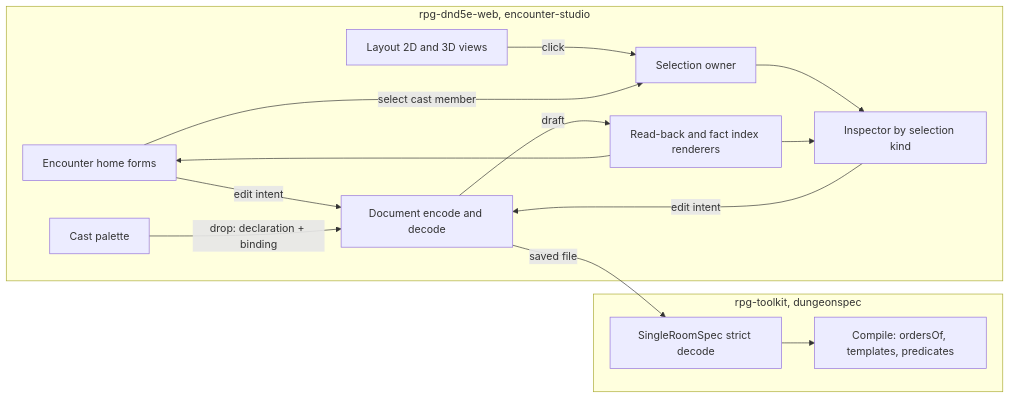
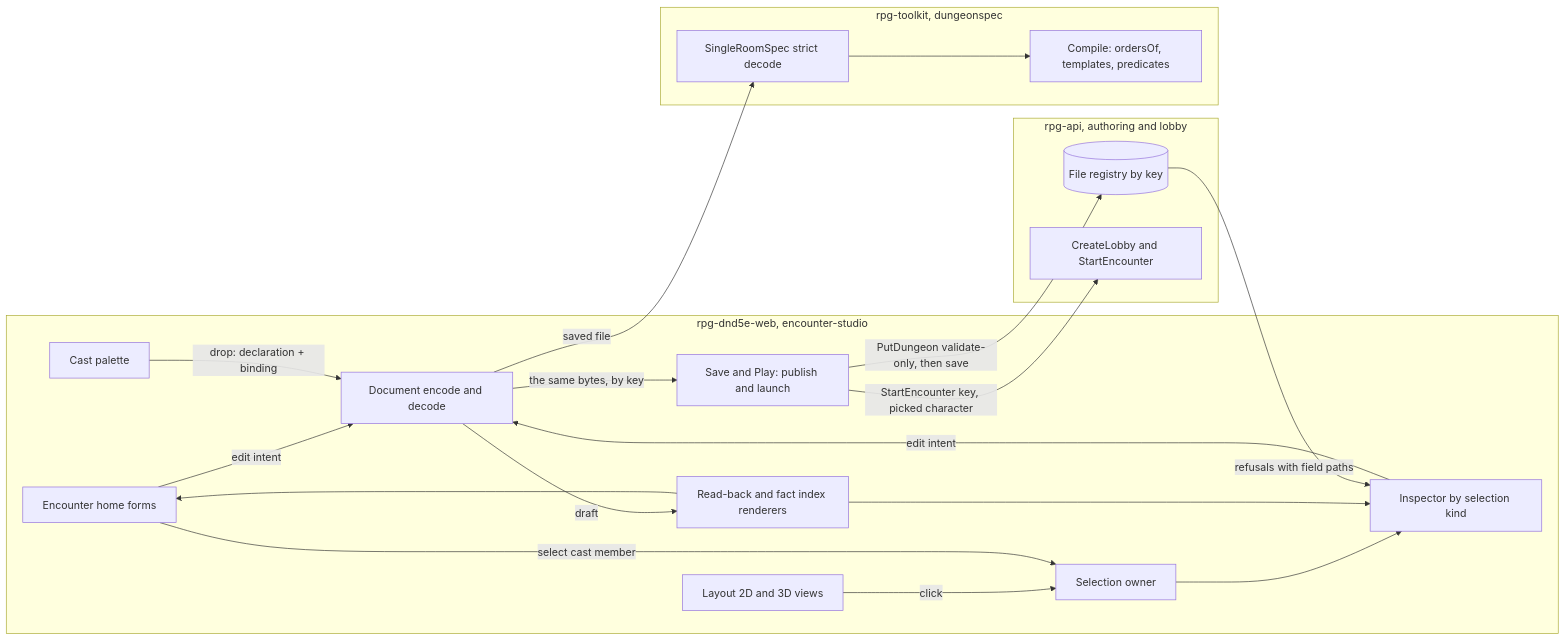
One commit to KirkDiggler/rpg-project changed the diagram in ideas/encounter-studio/README.md. Above: the diagram before and after it, drawn with Mermaid. The commit also changed other lines of this file and 1 other file, not shown here.

First line of the commit message:
design: encounter studio — Save and Play (R15–R19) (#583)

````diff
--- a/ideas/encounter-studio/README.md
+++ b/ideas/encounter-studio/README.md
@@ -18,27 +18,36 @@
 ```mermaid
 flowchart LR
     subgraph Web[rpg-dnd5e-web, encounter-studio]
         Home[Encounter home forms]
         Palette[Cast palette]
         Map[Layout 2D and 3D views]
         Sel[Selection owner]
         Insp[Inspector by selection kind]
         RB[Read-back and fact index renderers]
         Codec[Document encode and decode]
+        Pub[Save and Play: publish and launch]
+    end
+    subgraph API[rpg-api, authoring and lobby]
+        Reg[(File registry by key)]
+        Lobby[CreateLobby and StartEncounter]
     end
     subgraph TK[rpg-toolkit, dungeonspec]
         Dec[SingleRoomSpec strict decode]
         Comp[Compile: ordersOf, templates, predicates]
     end
     Home -->|edit intent| Codec
     Palette -->|drop: declaration + binding| Codec
     Map -->|click| Sel
     Home -->|select cast member| Sel
     Sel --> Insp
     Insp -->|edit intent| Codec
     Codec -->|draft| RB
     RB --> Insp
     RB --> Home
     Codec -->|saved file| Dec
     Dec --> Comp
+    Codec -->|the same bytes, by key| Pub
+    Pub -->|PutDungeon validate-only, then save| Reg
+    Reg -->|refusals with field paths| Insp
+    Pub -->|StartEncounter key, picked character| Lobby
 ```
````
